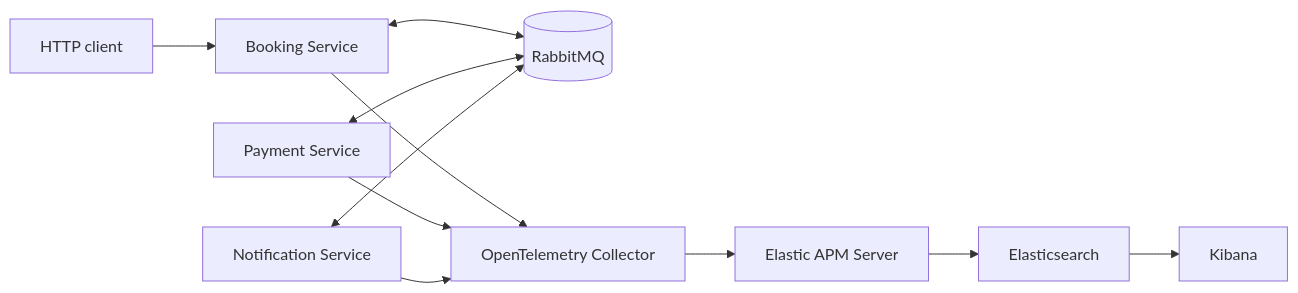
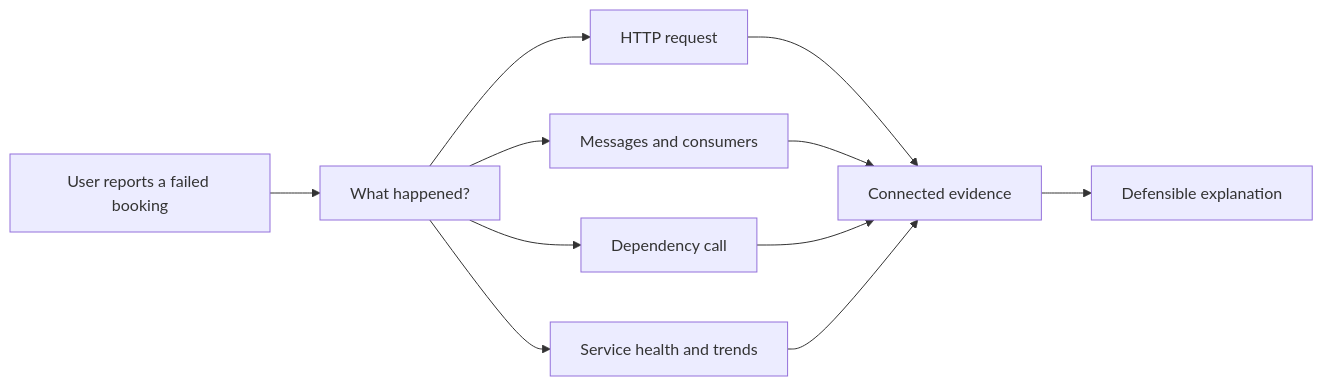
Before and after one commit to mohammad4x/ELK_Observability: the first of 3 diagrams in README.md, drawn with Mermaid. The commit also changed other lines of this file and 5 other files, not shown here.

````diff
--- a/README.md
+++ b/README.md
@@ -71,11 +21,13 @@
 ```mermaid
 flowchart LR
-    Client[HTTP client] --> Booking[Booking Service]
-    Booking <--> Rabbit[(RabbitMQ)]
-    Payment[Payment Service] <--> Rabbit
-    Notification[Notification Service] <--> Rabbit
-    Booking --> Collector[OpenTelemetry Collector]
-    Payment --> Collector
-    Notification --> Collector
-    Collector --> APM[Elastic APM Server] --> ES[Elasticsearch] --> Kibana[Kibana]
+    U[User reports a failed booking] --> Q[What happened?]
+    Q --> H[HTTP request]
+    Q --> M[Messages and consumers]
+    Q --> D[Dependency call]
+    Q --> S[Service health and trends]
+    H --> E[Connected evidence]
+    M --> E
+    D --> E
+    S --> E
+    E --> A[Defensible explanation]
 ```
````
